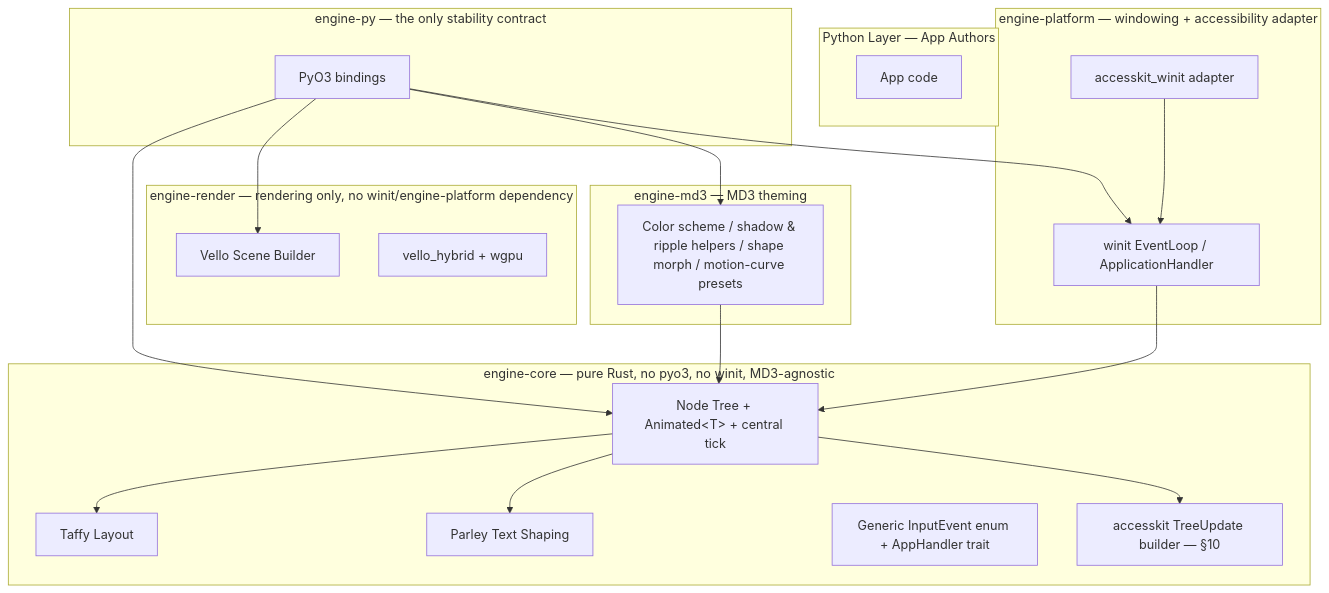
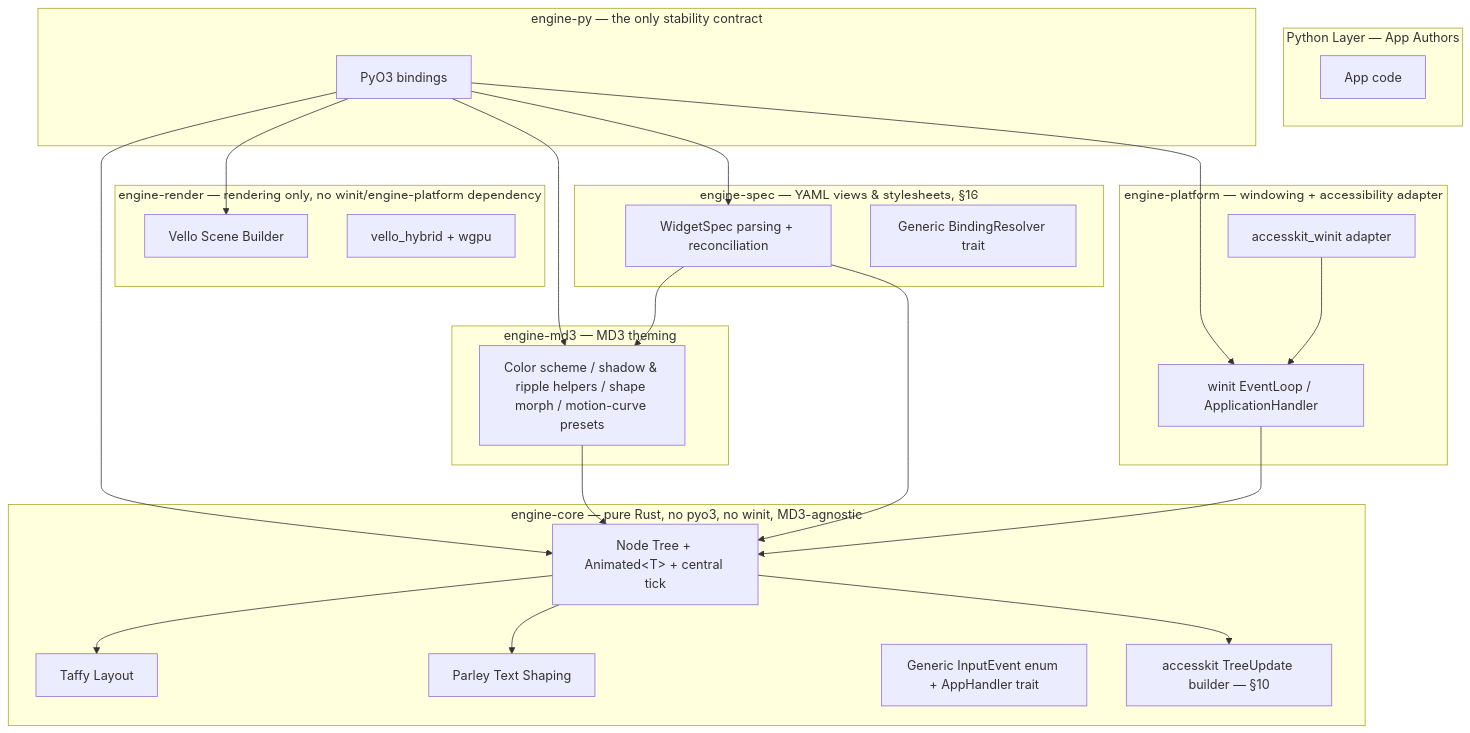
One commit to mindderivative/tre changed the first of 2 diagrams in ARCHITECTURE.md. Above: the diagram before and after it, drawn with Mermaid. The commit also changed other lines of this file, not shown here.

````diff
--- a/ARCHITECTURE.md
+++ b/ARCHITECTURE.md
@@ -106,37 +108,44 @@
 ```mermaid
 graph TD
     subgraph Python["Python Layer — App Authors"]
         A[App code]
     end
     subgraph FFI["engine-py — the only stability contract"]
         C[PyO3 bindings]
     end
     subgraph Core["engine-core — pure Rust, no pyo3, no winit, MD3-agnostic"]
         D[Node Tree + Animated&lt;T&gt; + central tick]
         E[Taffy Layout]
         F[Parley Text Shaping]
         N[Generic InputEvent enum + AppHandler trait]
         O[accesskit TreeUpdate builder — §10]
     end
     subgraph MD3["engine-md3 — MD3 theming"]
         G[Color scheme / shadow &amp; ripple helpers / shape morph / motion-curve presets]
     end
+    subgraph Spec["engine-spec — YAML views &amp; stylesheets, §16"]
+        M[WidgetSpec parsing + reconciliation]
+        P[Generic BindingResolver trait]
+    end
     subgraph Render["engine-render — rendering only, no winit/engine-platform dependency"]
         H[Vello Scene Builder]
         I[vello_hybrid + wgpu]
     end
     subgraph Platform["engine-platform — windowing + accessibility adapter"]
         K[winit EventLoop / ApplicationHandler]
         L[accesskit_winit adapter]
     end
     C --> D
     C --> G
     C --> H
     C --> K
+    C --> M
     G --> D
+    M --> D
+    M --> G
     K --> D
     L --> K
     D --> E
     D --> F
     D --> O
 ```
````
